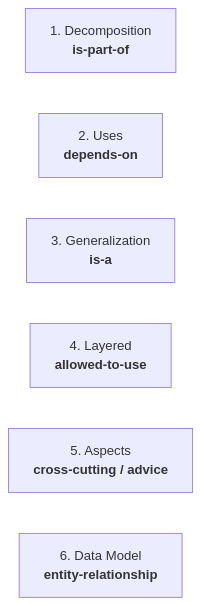
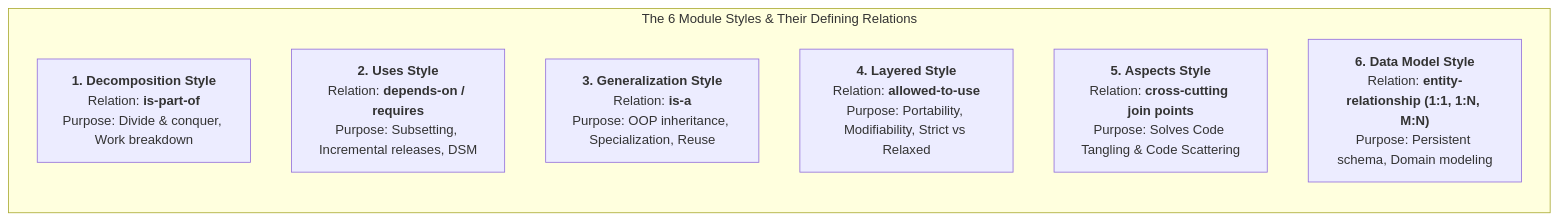
Before and after one commit to Fake1Doge/Obsidian-notes: the seventh of 14 diagrams in Y2S1/CKS221 Test 1 MCQ Study Guide.md, drawn with Mermaid. The commit also changed other lines of this file, not shown here.

````diff
--- a/Y2S1/CKS221 Test 1 MCQ Study Guide.md
+++ b/Y2S1/CKS221 Test 1 MCQ Study Guide.md
@@ -113,9 +383,12 @@
 ```mermaid
-flowchart LR
-    Decomp["1. Decomposition<br/><b>is-part-of</b>"]
-    Uses["2. Uses<br/><b>depends-on</b>"]
-    Gen["3. Generalization<br/><b>is-a</b>"]
-    Layer["4. Layered<br/><b>allowed-to-use</b>"]
-    Aspect["5. Aspects<br/><b>cross-cutting / advice</b>"]
-    DataM["6. Data Model<br/><b>entity-relationship</b>"]
+flowchart TD
+    subgraph SixModuleStyles["The 6 Module Styles & Their Defining Relations"]
+        direction TB
+        M1["<b>1. Decomposition Style</b><br/>Relation: <b>is-part-of</b><br/>Purpose: Divide & conquer, Work breakdown"]
+        M2["<b>2. Uses Style</b><br/>Relation: <b>depends-on / requires</b><br/>Purpose: Subsetting, Incremental releases, DSM"]
+        M3["<b>3. Generalization Style</b><br/>Relation: <b>is-a</b><br/>Purpose: OOP inheritance, Specialization, Reuse"]
+        M4["<b>4. Layered Style</b><br/>Relation: <b>allowed-to-use</b><br/>Purpose: Portability, Modifiability, Strict vs Relaxed"]
+        M5["<b>5. Aspects Style</b><br/>Relation: <b>cross-cutting join points</b><br/>Purpose: Solves Code Tangling & Code Scattering"]
+        M6["<b>6. Data Model Style</b><br/>Relation: <b>entity-relationship (1:1, 1:N, M:N)</b><br/>Purpose: Persistent schema, Domain modeling"]
+    end
 ```
````
